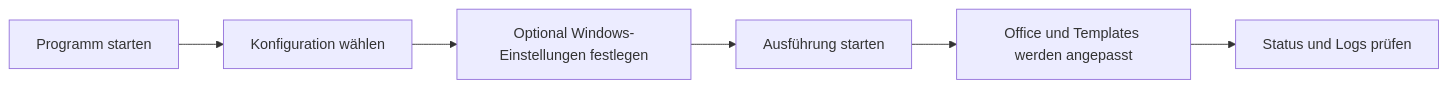
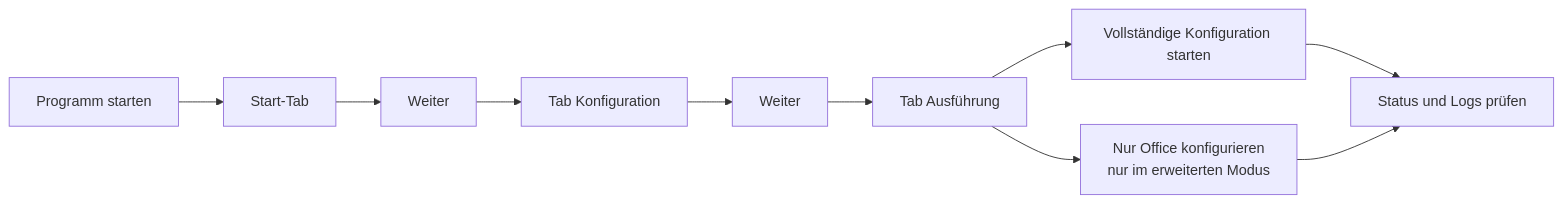
The diagram in docs/diagramme/anwender_ablauf.mmd (GoroTech-Tools/PC-Konfigurator), drawn with Mermaid before and after one commit. The commit also changed 28 other files, not shown here.

Commit message:
Release v3.3.25: GUI-Workflow, Mermaids und Doku aktualisiert

```diff
--- a/docs/diagramme/anwender_ablauf.mmd
+++ b/docs/diagramme/anwender_ablauf.mmd
@@ -1,6 +1,10 @@
 flowchart LR
-   A[Programm starten] --> B[Konfiguration wählen]
-   B --> C[Optional Windows-Einstellungen festlegen]
-   C --> D[Ausführung starten]
-   D --> E[Office und Templates werden angepasst]
-   E --> F[Status und Logs prüfen]
+   A[Programm starten] --> B[Start-Tab]
+   B --> C[Weiter]
+   C --> D[Tab Konfiguration]
+   D --> E[Weiter]
+   E --> F[Tab Ausführung]
+   F --> G[Vollständige Konfiguration starten]
+   F --> H[Nur Office konfigurieren<br/>nur im erweiterten Modus]
+   G --> I[Status und Logs prüfen]
+   H --> I
```
